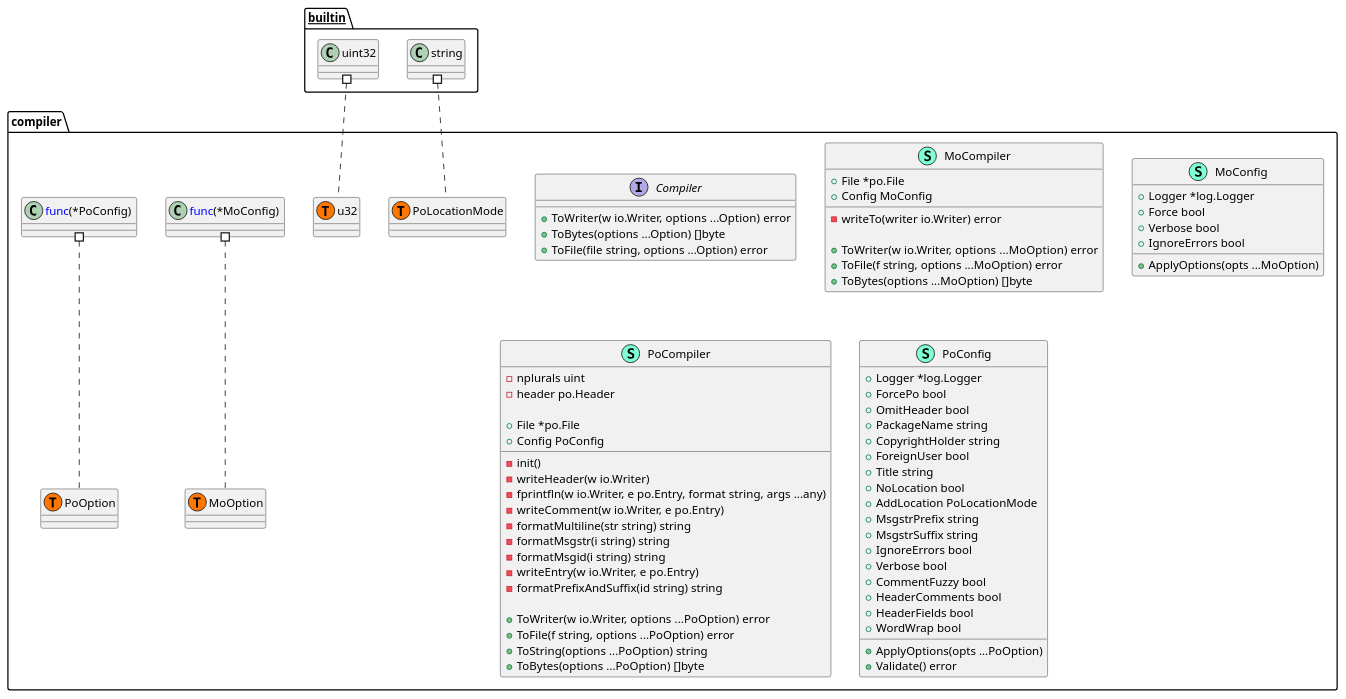
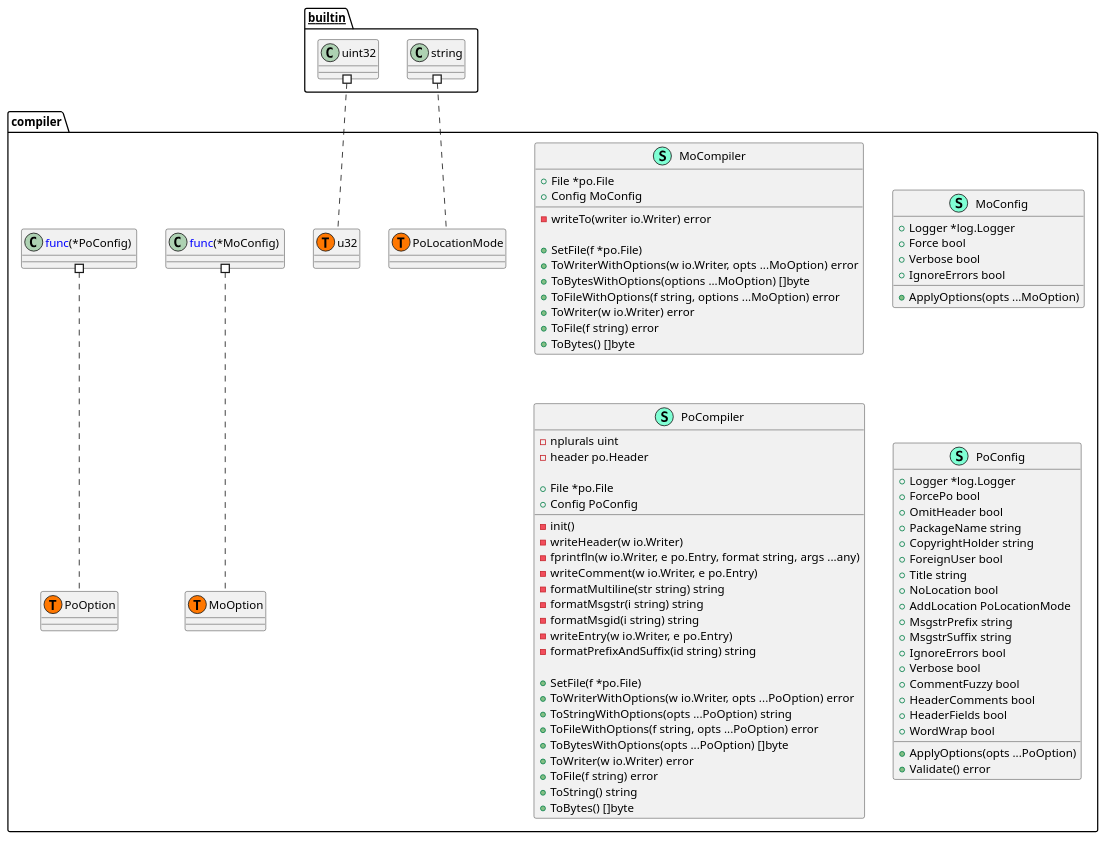
Before and after one commit to Tom5521/gotext-tools: the diagram in pkg/po/compiler/structure.puml, drawn with PlantUML. The commit also changed 8 other files, not shown here.

Commit message:
docs: Update UML files

```diff
--- a/pkg/po/compiler/structure.puml
+++ b/pkg/po/compiler/structure.puml
@@ -1,90 +1,93 @@
 @startuml
 namespace compiler {
-    interface Compiler  {
-        + ToWriter(w io.Writer, options ...Option) error
-        + ToBytes(options ...Option) []byte
-        + ToFile(file string, options ...Option) error
-
-    }
     class MoCompiler << (S,Aquamarine) >> {
         + File *po.File
         + Config MoConfig
 
         - writeTo(writer io.Writer) error
 
-        + ToWriter(w io.Writer, options ...MoOption) error
-        + ToFile(f string, options ...MoOption) error
-        + ToBytes(options ...MoOption) []byte
+        + SetFile(f *po.File) 
+        + ToWriterWithOptions(w io.Writer, opts ...MoOption) error
+        + ToBytesWithOptions(options ...MoOption) []byte
+        + ToFileWithOptions(f string, options ...MoOption) error
+        + ToWriter(w io.Writer) error
+        + ToFile(f string) error
+        + ToBytes() []byte
 
     }
     class MoConfig << (S,Aquamarine) >> {
         + Logger *log.Logger
         + Force bool
         + Verbose bool
         + IgnoreErrors bool
 
         + ApplyOptions(opts ...MoOption) 
 
     }
     class PoCompiler << (S,Aquamarine) >> {
         - nplurals uint
         - header po.Header
 
         + File *po.File
         + Config PoConfig
 
         - init() 
         - writeHeader(w io.Writer) 
         - fprintfln(w io.Writer, e po.Entry, format string, args ...any) 
         - writeComment(w io.Writer, e po.Entry) 
         - formatMultiline(str string) string
         - formatMsgstr(i string) string
         - formatMsgid(i string) string
         - writeEntry(w io.Writer, e po.Entry) 
         - formatPrefixAndSuffix(id string) string
 
-        + ToWriter(w io.Writer, options ...PoOption) error
-        + ToFile(f string, options ...PoOption) error
-        + ToString(options ...PoOption) string
-        + ToBytes(options ...PoOption) []byte
+        + SetFile(f *po.File) 
+        + ToWriterWithOptions(w io.Writer, opts ...PoOption) error
+        + ToStringWithOptions(opts ...PoOption) string
+        + ToFileWithOptions(f string, opts ...PoOption) error
+        + ToBytesWithOptions(opts ...PoOption) []byte
+        + ToWriter(w io.Writer) error
+        + ToFile(f string) error
+        + ToString() string
+        + ToBytes() []byte
 
     }
     class PoConfig << (S,Aquamarine) >> {
         + Logger *log.Logger
         + ForcePo bool
         + OmitHeader bool
         + PackageName string
         + CopyrightHolder string
         + ForeignUser bool
         + Title string
         + NoLocation bool
         + AddLocation PoLocationMode
         + MsgstrPrefix string
         + MsgstrSuffix string
         + IgnoreErrors bool
         + Verbose bool
         + CommentFuzzy bool
         + HeaderComments bool
         + HeaderFields bool
         + WordWrap bool
 
         + ApplyOptions(opts ...PoOption) 
         + Validate() error
 
     }
     class compiler.MoOption << (T, #FF7700) >>  {
     }
     class compiler.PoLocationMode << (T, #FF7700) >>  {
     }
     class compiler.PoOption << (T, #FF7700) >>  {
     }
     class compiler.u32 << (T, #FF7700) >>  {
     }
 }
 
 
 "__builtin__.string" #.. "compiler.PoLocationMode"
 "__builtin__.uint32" #.. "compiler.u32"
 "compiler.<font color=blue>func</font>(*MoConfig) " #.. "compiler.MoOption"
 "compiler.<font color=blue>func</font>(*PoConfig) " #.. "compiler.PoOption"
 @enduml
```
